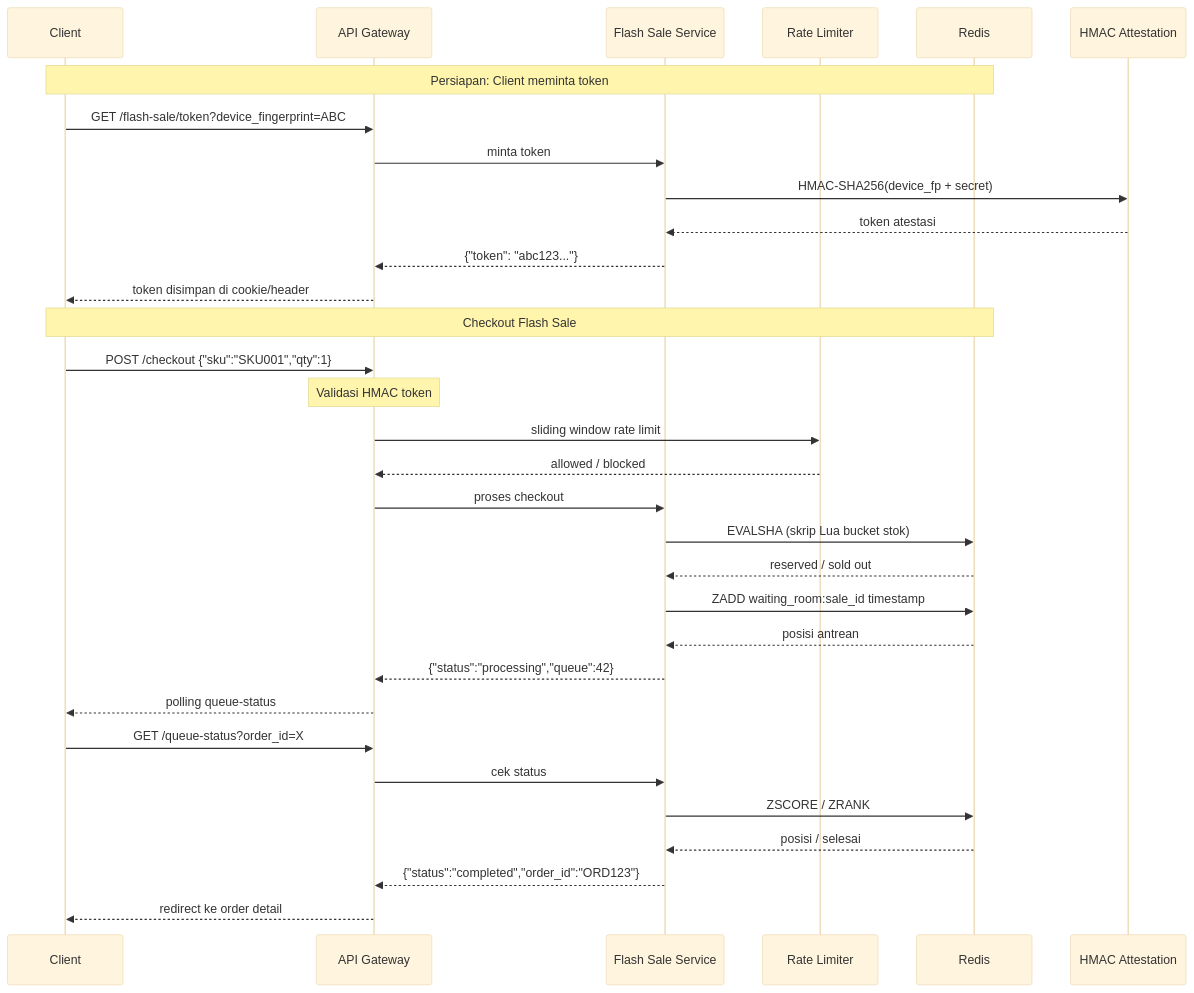
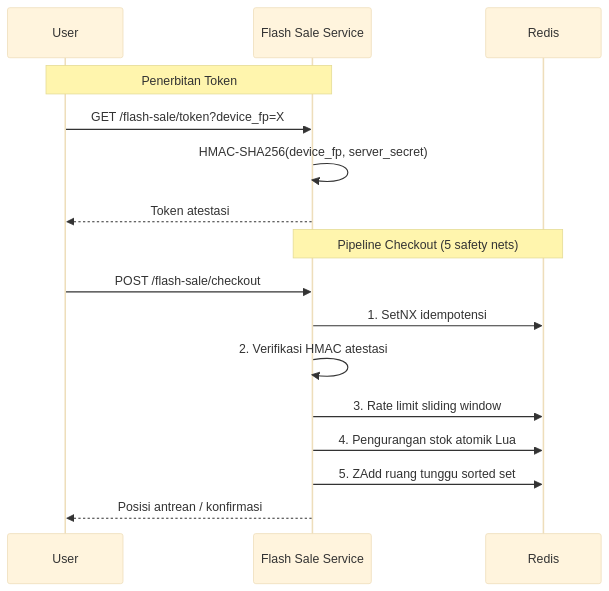
Before and after one commit to faisalaffan/faisalaffan-design-system: the diagram in book/id/08-qcommerce/flash-sale.md, drawn with Mermaid. The commit also changed other lines of this file and 2 other files, not shown here.

Commit message:
refactor(flash-sale): reduce to MVP core — 5 files, 6 endpoints, 5 safety nets, 196 tests

````diff
--- a/book/id/08-qcommerce/flash-sale.md
+++ b/book/id/08-qcommerce/flash-sale.md
@@ -11,41 +9,21 @@
 ```mermaid
 %%{init: {"theme": "base", "themeVariables": {"background": "#ffffff"}}}%%
 sequenceDiagram
-    participant C as Client
-    participant GW as API Gateway
+    participant U as User
     participant FS as Flash Sale Service
-    participant RL as Rate Limiter
     participant R as Redis
-    participant HMAC as HMAC Attestation
 
-    Note over C,R: Persiapan: Client meminta token
-    C->>GW: GET /flash-sale/token?device_fingerprint=ABC
-    GW->>FS: minta token
-    FS->>HMAC: HMAC-SHA256(device_fp + secret)
-    HMAC-->>FS: token atestasi
-    FS-->>GW: {"token": "abc123..."}
-    GW-->>C: token disimpan di cookie/header
+    Note over U,FS: Penerbitan Token
+    U->>FS: GET /flash-sale/token?device_fp=X
+    FS->>FS: HMAC-SHA256(device_fp, server_secret)
+    FS-->>U: Token atestasi
 
-    Note over C,R: Checkout Flash Sale
-    C->>GW: POST /checkout {"sku":"SKU001","qty":1}
-    Note over GW: Validasi HMAC token
-    GW->>RL: sliding window rate limit
-    RL-->>GW: allowed / blocked
-
-    GW->>FS: proses checkout
-    FS->>R: EVALSHA (skrip Lua bucket stok)
-    R-->>FS: reserved / sold out
-
-    FS->>R: ZADD waiting_room:sale_id timestamp
-    R-->>FS: posisi antrean
-
-    FS-->>GW: {"status":"processing","queue":42}
-    GW-->>C: polling queue-status
-
-    C->>GW: GET /queue-status?order_id=X
-    GW->>FS: cek status
-    FS->>R: ZSCORE / ZRANK
-    R-->>FS: posisi / selesai
-    FS-->>GW: {"status":"completed","order_id":"ORD123"}
-    GW-->>C: redirect ke order detail
+    Note over FS,R: Pipeline Checkout (5 safety nets)
+    U->>FS: POST /flash-sale/checkout
+    FS->>R: 1. SetNX idempotensi
+    FS->>FS: 2. Verifikasi HMAC atestasi
+    FS->>R: 3. Rate limit sliding window
+    FS->>R: 4. Pengurangan stok atomik Lua
+    FS->>R: 5. ZAdd ruang tunggu sorted set
+    FS-->>U: Posisi antrean / konfirmasi
 ```
````
